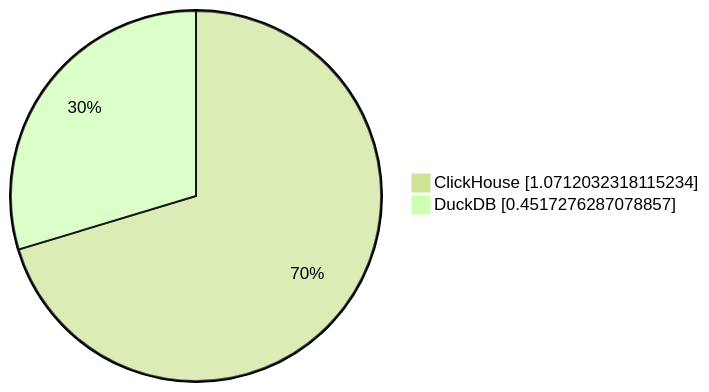
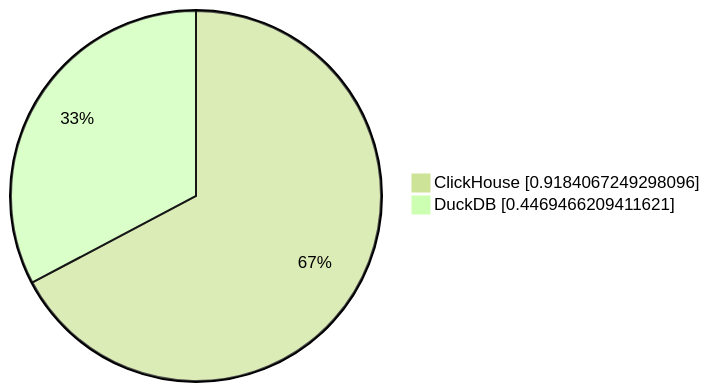
One commit to Altinity/clickhouse-regression changed the fifth of 10 diagrams in parquet/performance/results/ontime/23.11.1.2711-alpine/README.md. Above: the diagram before and after it, drawn with Mermaid (forest theme). The commit also changed other lines of this file and 8 other files, not shown here.

````diff
--- a/parquet/performance/results/ontime/23.11.1.2711-alpine/README.md
+++ b/parquet/performance/results/ontime/23.11.1.2711-alpine/README.md
@@ -50,5 +50,5 @@
 ```mermaid
      pie showData
-         "ClickHouse" : 1.0712032318115234
-         "DuckDB" : 0.4517276287078857
+         "ClickHouse" : 0.9184067249298096
+         "DuckDB" : 0.4469466209411621
 ```
````
